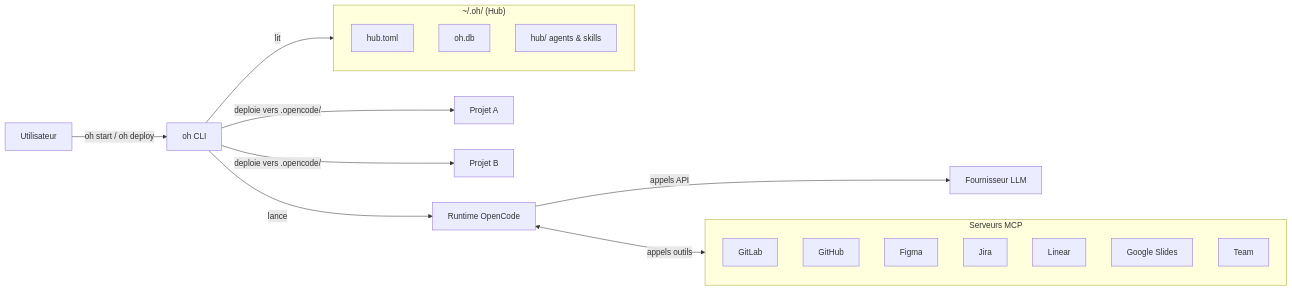
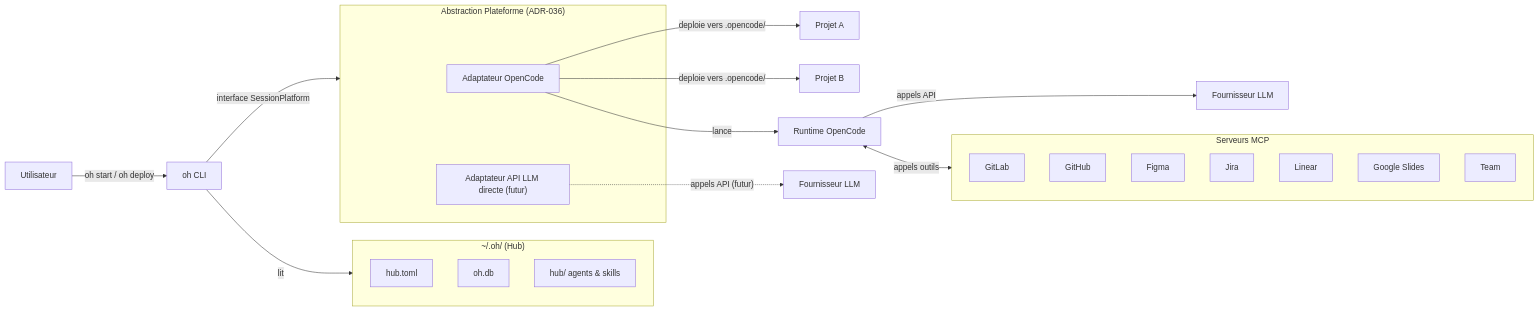
Before and after one commit to datichb/openhub: the first of 4 diagrams in docs/architecture/overview.fr.md, drawn with Mermaid. The commit also changed other lines of this file and 30 other files, not shown here.

First line of the commit message:
feat(platform): introduce SessionPlatform abstraction layer (ADR-036, Phases 0-2)

````diff
--- a/docs/architecture/overview.fr.md
+++ b/docs/architecture/overview.fr.md
@@ -7,28 +7,36 @@
 ```mermaid
 flowchart LR
     U["Utilisateur"] -->|"oh start / oh deploy"| CLI["oh CLI"]
 
     subgraph Hub ["~/.oh/ (Hub)"]
         TOML["hub.toml"]
         DB["oh.db"]
         HC["hub/ agents & skills"]
     end
 
     CLI -->|lit| Hub
-    CLI -->|"deploie vers .opencode/"| P1["Projet A"]
-    CLI -->|"deploie vers .opencode/"| P2["Projet B"]
-    CLI -->|lance| OC["Runtime OpenCode"]
+
+    subgraph Platform ["Abstraction Plateforme (ADR-036)"]
+        OCA["Adaptateur OpenCode"]
+        DLA["Adaptateur API LLM directe (futur)"]
+    end
+
+    CLI -->|"interface SessionPlatform"| Platform
+    OCA -->|"deploie vers .opencode/"| P1["Projet A"]
+    OCA -->|"deploie vers .opencode/"| P2["Projet B"]
+    OCA -->|lance| OC["Runtime OpenCode"]
+    DLA -.->|"appels API (futur)"| LLM2["Fournisseur LLM"]
     OC -->|appels API| LLM["Fournisseur LLM"]
 
     subgraph MCP ["Serveurs MCP"]
         GL["GitLab"]
         GH["GitHub"]
         FIG["Figma"]
         JI["Jira"]
         LN["Linear"]
         GS["Google Slides"]
         TM["Team"]
     end
 
     OC <-->|appels outils| MCP
 ```
````
